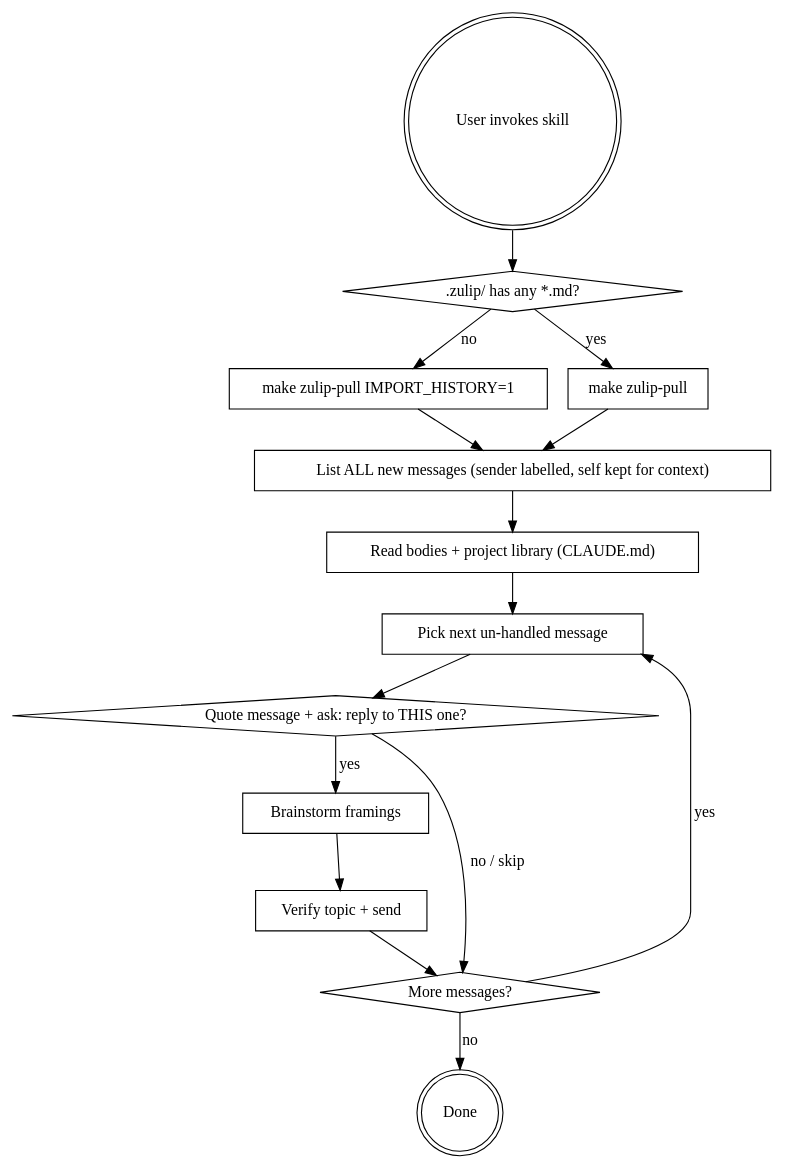
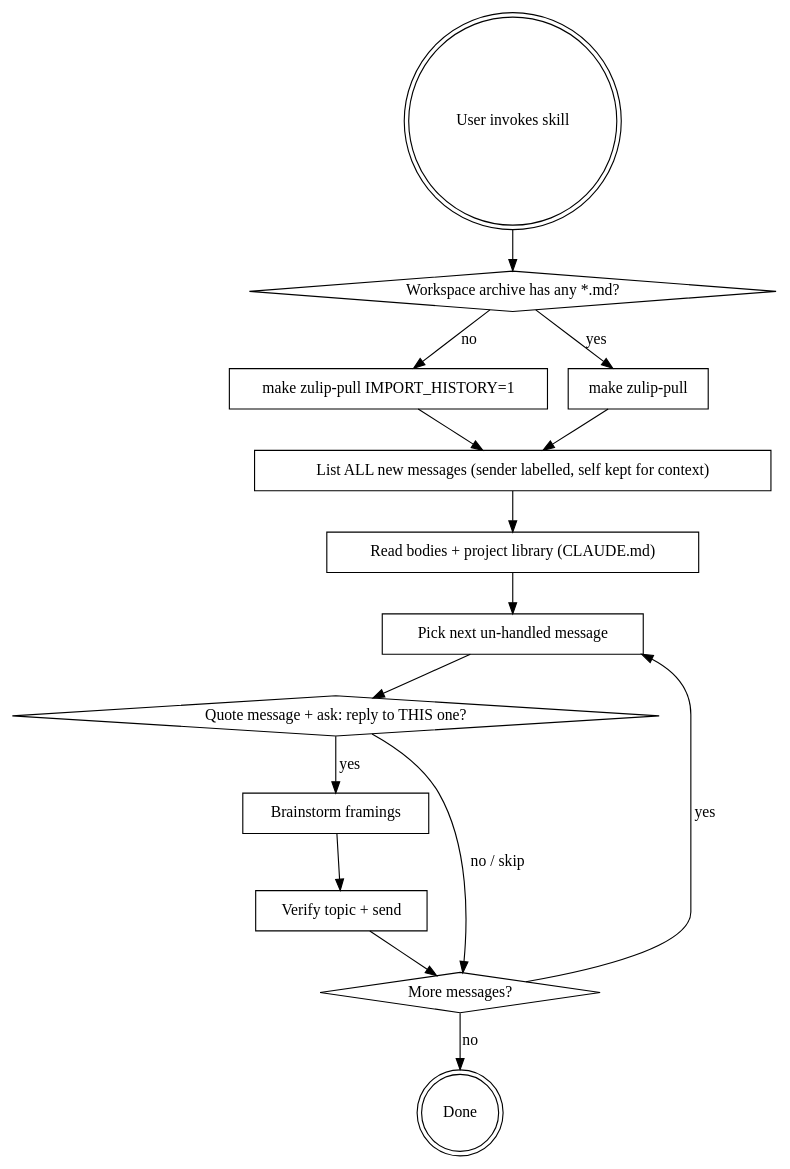
The diagram in skills/zulip-reply/SKILL.md (GiggleLiu/zlp-harness), drawn with Graphviz before and after one commit. The commit also changed other lines of this file and 10 other files, not shown here.

First line of the commit message:
Refactor: global workspace store for Zulip data (closes #1) (#2)

````diff
--- a/skills/zulip-reply/SKILL.md
+++ b/skills/zulip-reply/SKILL.md
@@ -24,31 +26,31 @@
 ```dot
 digraph zulip_flow {
     "User invokes skill" [shape=doublecircle];
-    ".zulip/ has any *.md?" [shape=diamond];
+    "Workspace archive has any *.md?" [shape=diamond];
     "make zulip-pull IMPORT_HISTORY=1" [shape=box];
     "make zulip-pull" [shape=box];
     "List ALL new messages (sender labelled, self kept for context)" [shape=box];
     "Read bodies + project library (CLAUDE.md)" [shape=box];
     "Pick next un-handled message" [shape=box];
     "Quote message + ask: reply to THIS one?" [shape=diamond];
     "Brainstorm framings" [shape=box];
     "Verify topic + send" [shape=box];
     "More messages?" [shape=diamond];
     "Done" [shape=doublecircle];
 
-    "User invokes skill" -> ".zulip/ has any *.md?";
-    ".zulip/ has any *.md?" -> "make zulip-pull IMPORT_HISTORY=1" [label="no"];
-    ".zulip/ has any *.md?" -> "make zulip-pull" [label="yes"];
+    "User invokes skill" -> "Workspace archive has any *.md?";
+    "Workspace archive has any *.md?" -> "make zulip-pull IMPORT_HISTORY=1" [label="no"];
+    "Workspace archive has any *.md?" -> "make zulip-pull" [label="yes"];
     "make zulip-pull IMPORT_HISTORY=1" -> "List ALL new messages (sender labelled, self kept for context)";
     "make zulip-pull" -> "List ALL new messages (sender labelled, self kept for context)";
     "List ALL new messages (sender labelled, self kept for context)" -> "Read bodies + project library (CLAUDE.md)";
     "Read bodies + project library (CLAUDE.md)" -> "Pick next un-handled message";
     "Pick next un-handled message" -> "Quote message + ask: reply to THIS one?";
     "Quote message + ask: reply to THIS one?" -> "Brainstorm framings" [label="yes"];
     "Quote message + ask: reply to THIS one?" -> "More messages?" [label="no / skip"];
     "Brainstorm framings" -> "Verify topic + send";
     "Verify topic + send" -> "More messages?";
     "More messages?" -> "Pick next un-handled message" [label="yes"];
     "More messages?" -> "Done" [label="no"];
 }
 ```
````
